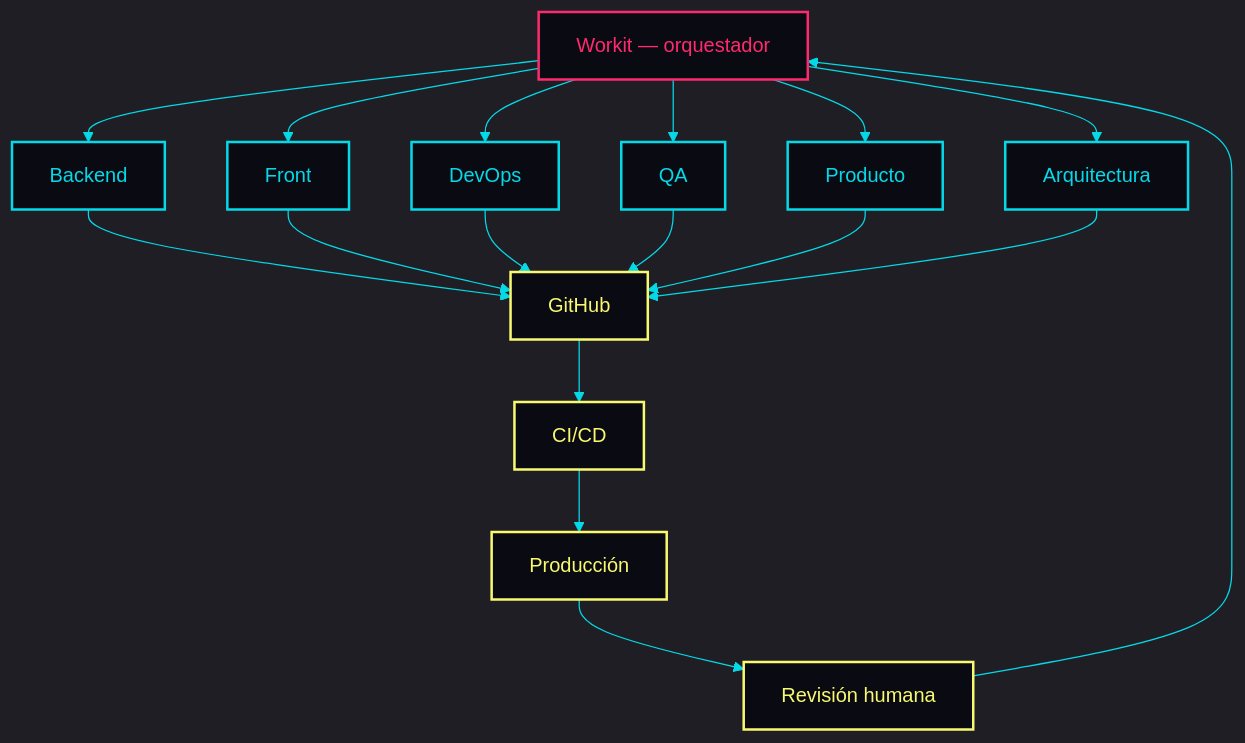
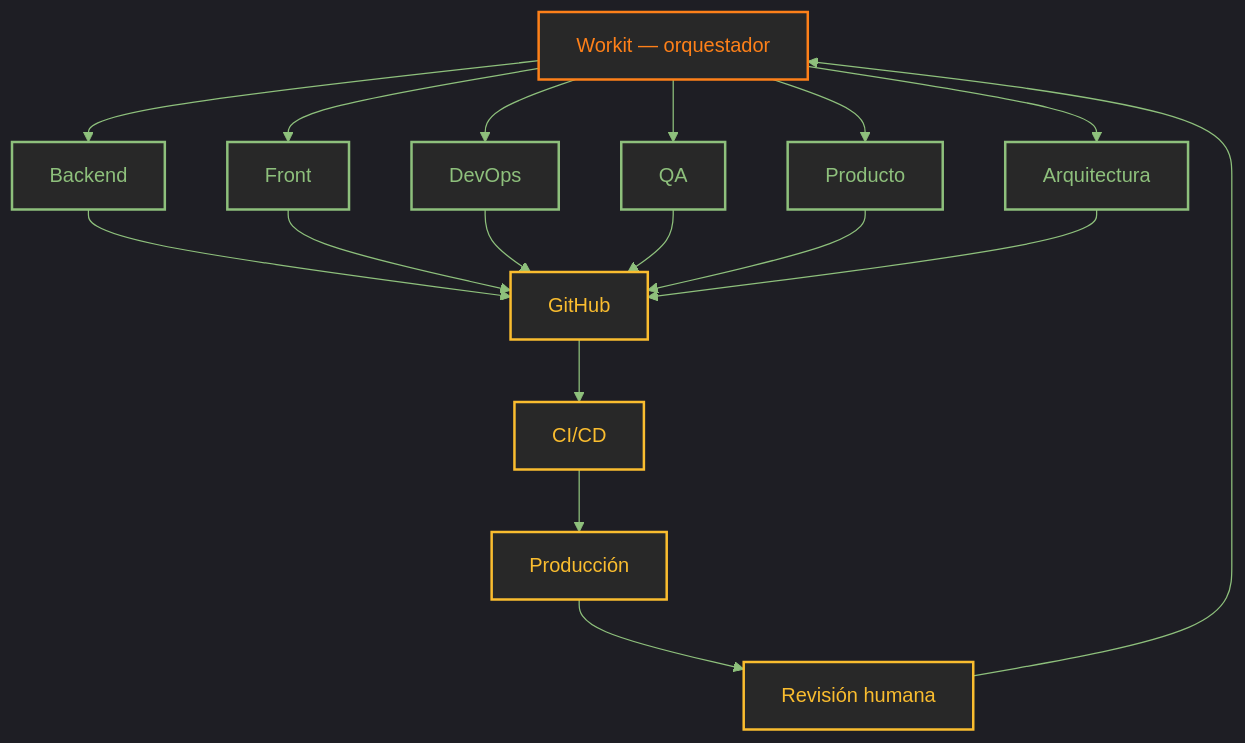
One commit to felipebarraza6/felipebarraza6 changed the first of 3 diagrams in README.md. Above: the diagram before and after it, drawn with Mermaid. The commit also changed other lines of this file and 1 other file, not shown here.

````diff
--- a/README.md
+++ b/README.md
@@ -41,27 +45,27 @@
 ```mermaid
-%%{init: {"theme":"dark","themeVariables":{"background":"#0A0A12","primaryTextColor":"#E6E6E6","lineColor":"#05d9e8","fontFamily":"monospace"}}}%%
+%%{init: {"theme":"dark","themeVariables":{"background":"#282828","primaryTextColor":"#ebdbb2","lineColor":"#8ec07c","fontFamily":"monospace"}}}%%
 flowchart TB
   WORKIT["Workit — orquestador"]
   WORKIT --> BE["Backend"]
   WORKIT --> FE["Front"]
   WORKIT --> DO["DevOps"]
   WORKIT --> QA["QA"]
   WORKIT --> PR["Producto"]
   WORKIT --> AR["Arquitectura"]
   BE --> GH["GitHub"]
   FE --> GH
   DO --> GH
   QA --> GH
   PR --> GH
   AR --> GH
   GH --> CI["CI/CD"]
   CI --> PROD["Producción"]
   PROD --> HUM["Revisión humana"]
   HUM --> WORKIT
-  classDef orch fill:#0A0A12,stroke:#FF2A6D,stroke-width:2px,color:#FF2A6D
-  classDef agent fill:#0A0A12,stroke:#05D9E8,stroke-width:2px,color:#05D9E8
-  classDef stage fill:#0A0A12,stroke:#F9F871,stroke-width:2px,color:#F9F871
+  classDef orch fill:#282828,stroke:#fe8019,stroke-width:2px,color:#fe8019
+  classDef agent fill:#282828,stroke:#8ec07c,stroke-width:2px,color:#8ec07c
+  classDef stage fill:#282828,stroke:#fabd2f,stroke-width:2px,color:#fabd2f
   class WORKIT orch
   class BE,FE,DO,QA,PR,AR agent
   class GH,CI,PROD,HUM stage
 ```
````
